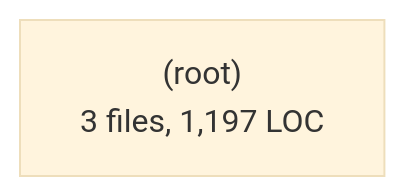
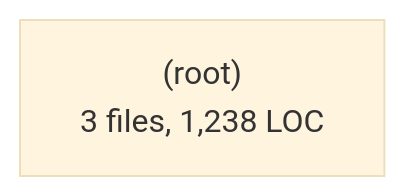
One commit to pollog09/DisTerm changed the fourth of 8 diagrams in docs/architecture/GRAPH.md. Above: the diagram before and after it, drawn with Mermaid (base theme). The commit also changed other lines of this file and 63 other files, not shown here.

First line of the commit message:
feat(graph): switch the graph view between the agent graph and a repo's system map

````diff
--- a/docs/architecture/GRAPH.md
+++ b/docs/architecture/GRAPH.md
@@ -135,4 +147,4 @@
 ```mermaid
 flowchart LR
-  n_preload__root_["(root)<br/>3 files, 1,197 LOC"]
+  n_preload__root_["(root)<br/>3 files, 1,238 LOC"]
 ```
````
